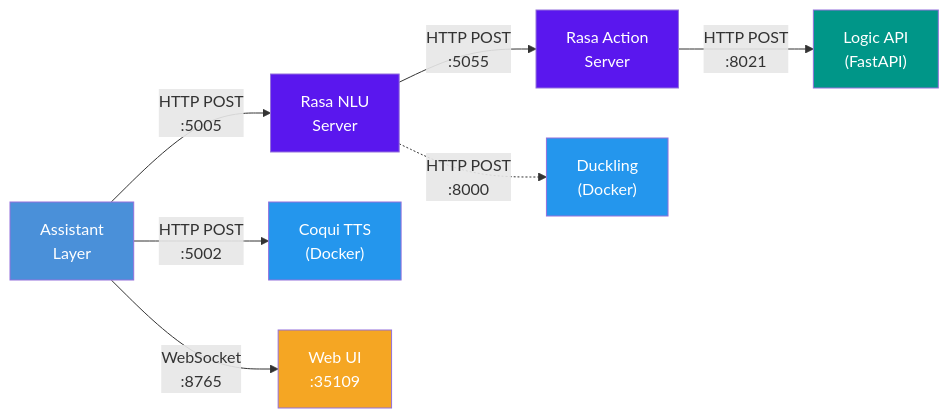
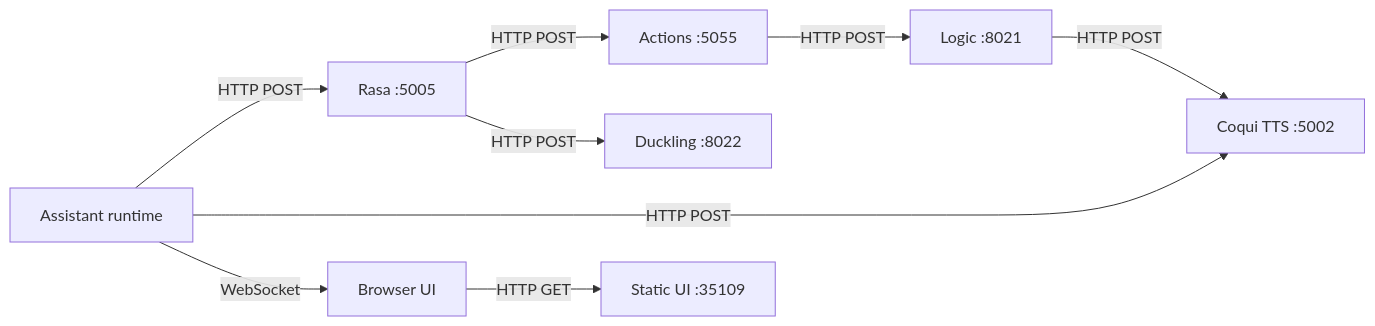
The first of 3 diagrams in docs/SYSTEM_COMMUNICATION.md (kumawat-aditya/elisa-assistant), drawn with Mermaid before and after one commit. The commit also changed other lines of this file and 4 other files, not shown here.

````diff
--- a/docs/SYSTEM_COMMUNICATION.md
+++ b/docs/SYSTEM_COMMUNICATION.md
@@ -27,17 +33,11 @@
 ```mermaid
 graph LR
-    A["Assistant<br/>Layer"] -->|"HTTP POST<br/>:5005"| B["Rasa NLU<br/>Server"]
-    B -->|"HTTP POST<br/>:5055"| C["Rasa Action<br/>Server"]
-    C -->|"HTTP POST<br/>:8021"| D["Logic API<br/>(FastAPI)"]
-    A -->|"HTTP POST<br/>:5002"| E["Coqui TTS<br/>(Docker)"]
-    B -.->|"HTTP POST<br/>:8000"| F["Duckling<br/>(Docker)"]
-    A -->|"WebSocket<br/>:8765"| G["Web UI<br/>:35109"]
-
-    style A fill:#4a90d9,color:#fff
-    style B fill:#5a17ee,color:#fff
-    style C fill:#5a17ee,color:#fff
-    style D fill:#009688,color:#fff
-    style E fill:#2496ed,color:#fff
-    style F fill:#2496ed,color:#fff
-    style G fill:#f5a623,color:#fff
+    A["Assistant runtime"] -->|HTTP POST| B["Rasa :5005"]
+    B -->|HTTP POST| C["Actions :5055"]
+    C -->|HTTP POST| D["Logic :8021"]
+    A -->|HTTP POST| E["Coqui TTS :5002"]
+    D -->|HTTP POST| E
+    B -->|HTTP POST| F["Duckling :8022"]
+    G["Browser UI"] -->|HTTP GET| H["Static UI :35109"]
+    A -->|WebSocket| G
 ```
````
